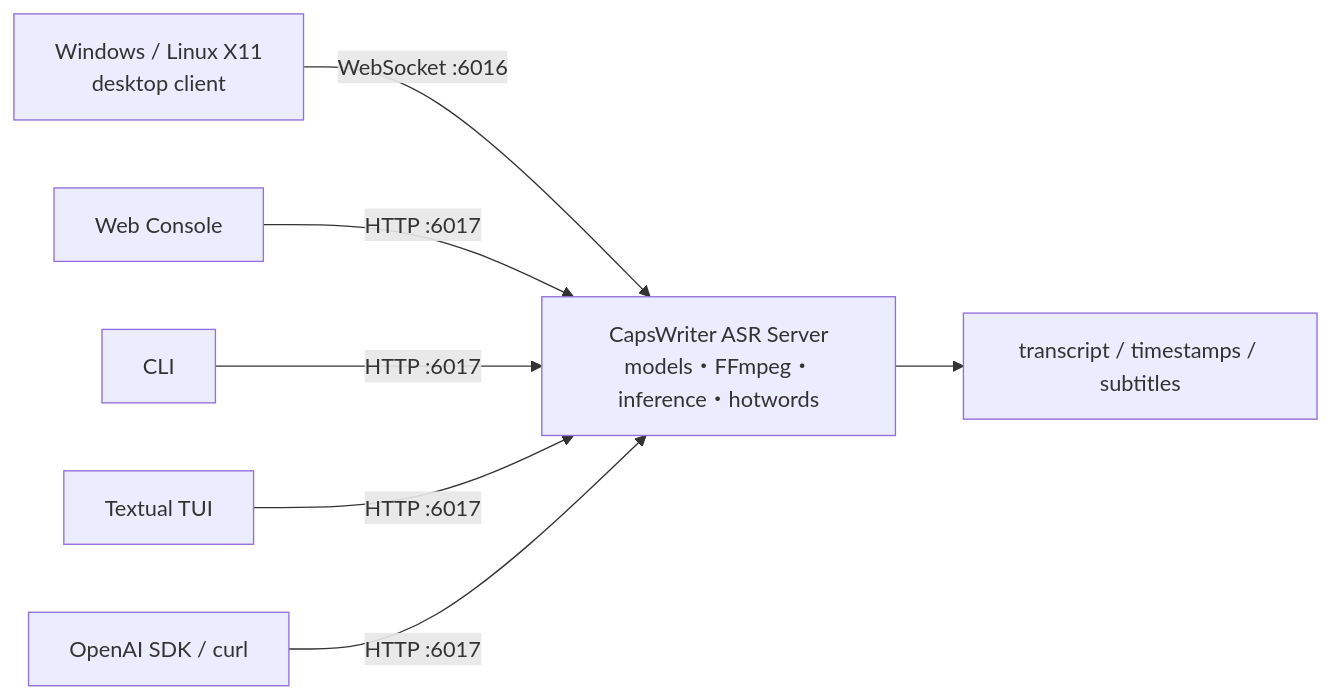
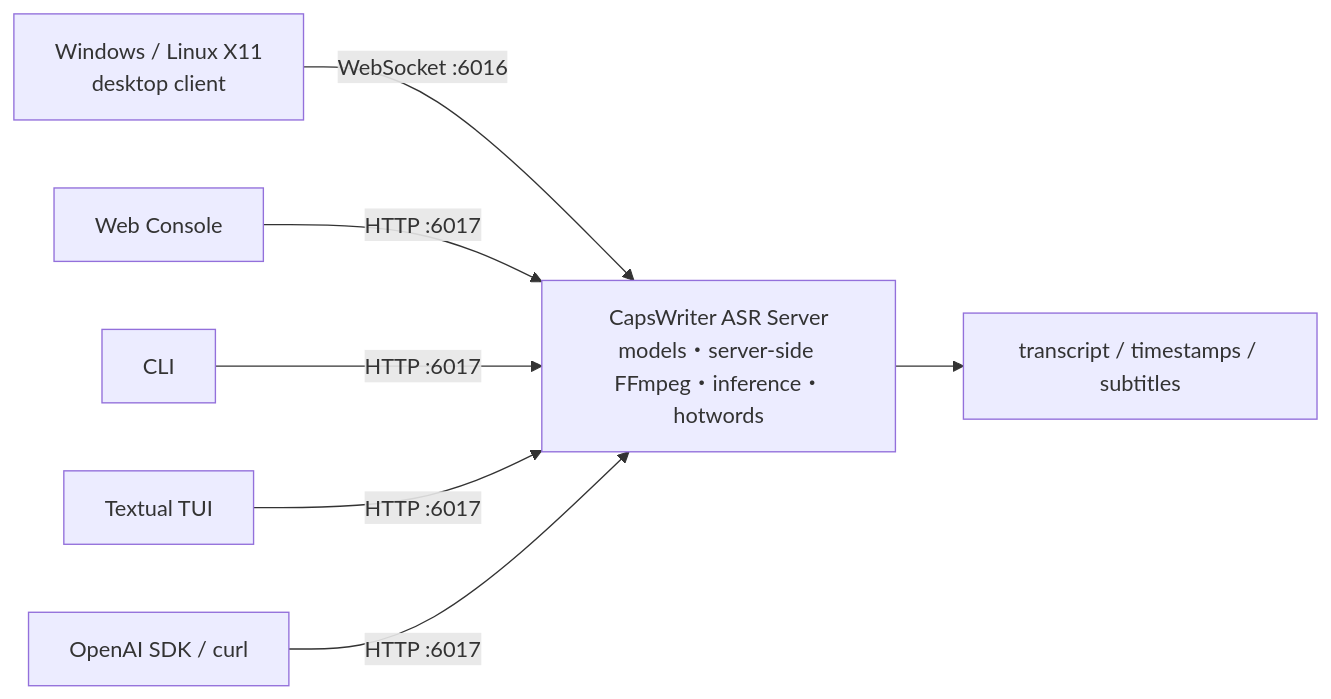
The diagram in README.en.md (DF-wu/CapsWriter-Offline-Container), drawn with Mermaid before and after one commit. The commit also changed other lines of this file and 13 other files, not shown here.

````diff
--- a/README.en.md
+++ b/README.en.md
@@ -21,9 +21,9 @@
 ```mermaid
 flowchart LR
-    D[Windows / Linux X11<br/>desktop client] -->|WebSocket :6016| S[CapsWriter ASR Server<br/>models・FFmpeg・inference・hotwords]
+    D[Windows / Linux X11<br/>desktop client] -->|WebSocket :6016| S[CapsWriter ASR Server<br/>models・server-side FFmpeg・inference・hotwords]
     W[Web Console] -->|HTTP :6017| S
     C[CLI] -->|HTTP :6017| S
     T[Textual TUI] -->|HTTP :6017| S
     O[OpenAI SDK / curl] -->|HTTP :6017| S
     S --> R[transcript / timestamps / subtitles]
 ```
````
